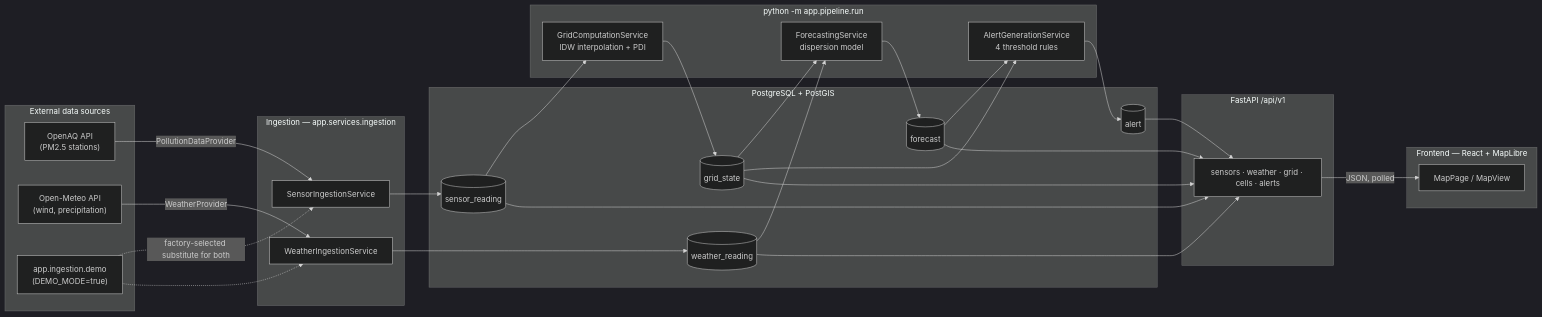
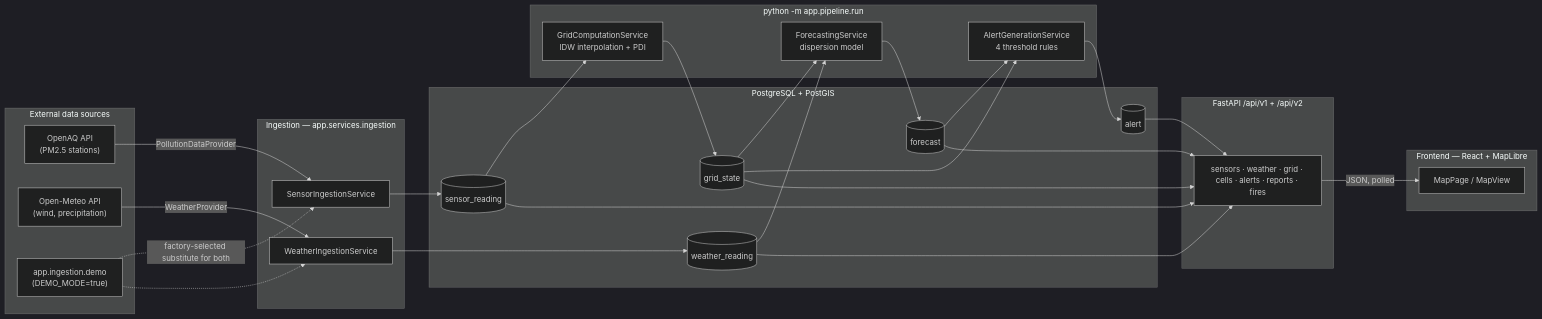
Before and after one commit to Hima-11-works/gdg-c4c: the diagram in README.md, drawn with Mermaid (dark theme). The commit also changed other lines of this file and 3 other files, not shown here.

````diff
--- a/README.md
+++ b/README.md
@@ -281,59 +282,59 @@
 ```mermaid
 flowchart LR
     subgraph EXT["External data sources"]
         OpenAQ["OpenAQ API<br/>(PM2.5 stations)"]
         OpenMeteo["Open-Meteo API<br/>(wind, precipitation)"]
         Demo["app.ingestion.demo<br/>(DEMO_MODE=true)"]
     end
 
     subgraph ING["Ingestion — app.services.ingestion"]
         SIS["SensorIngestionService"]
         WIS["WeatherIngestionService"]
     end
 
     subgraph DB["PostgreSQL + PostGIS"]
         SR[("sensor_reading")]
         WR[("weather_reading")]
         GS[("grid_state")]
         FC[("forecast")]
         AL[("alert")]
     end
 
     subgraph PIPE["python -m app.pipeline.run"]
         GCS["GridComputationService<br/>IDW interpolation + PDI"]
         FS["ForecastingService<br/>dispersion model"]
         AGS["AlertGenerationService<br/>4 threshold rules"]
     end
 
-    subgraph API["FastAPI /api/v1"]
-        Routes["sensors · weather · grid · cells · alerts"]
+    subgraph API["FastAPI /api/v1 + /api/v2"]
+        Routes["sensors · weather · grid · cells · alerts · reports · fires"]
     end
 
     subgraph FE["Frontend — React + MapLibre"]
         Map["MapPage / MapView"]
     end
 
     OpenAQ -- "PollutionDataProvider" --> SIS
     OpenMeteo -- "WeatherProvider" --> WIS
     Demo -. "factory-selected substitute for both" .-> SIS
     Demo -. " " .-> WIS
 
     SIS --> SR
     WIS --> WR
 
     SR --> GCS
     GCS --> GS
     GS --> FS
     WR --> FS
     FS --> FC
     GS --> AGS
     FC --> AGS
     AGS --> AL
 
     SR --> Routes
     WR --> Routes
     GS --> Routes
     FC --> Routes
     AL --> Routes
     Routes -- "JSON, polled" --> Map
 ```
````
